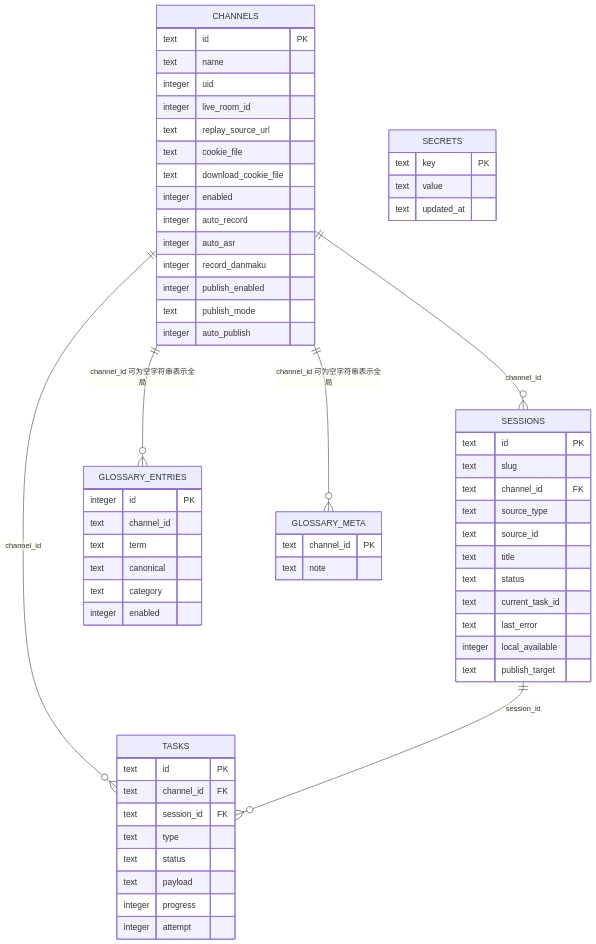
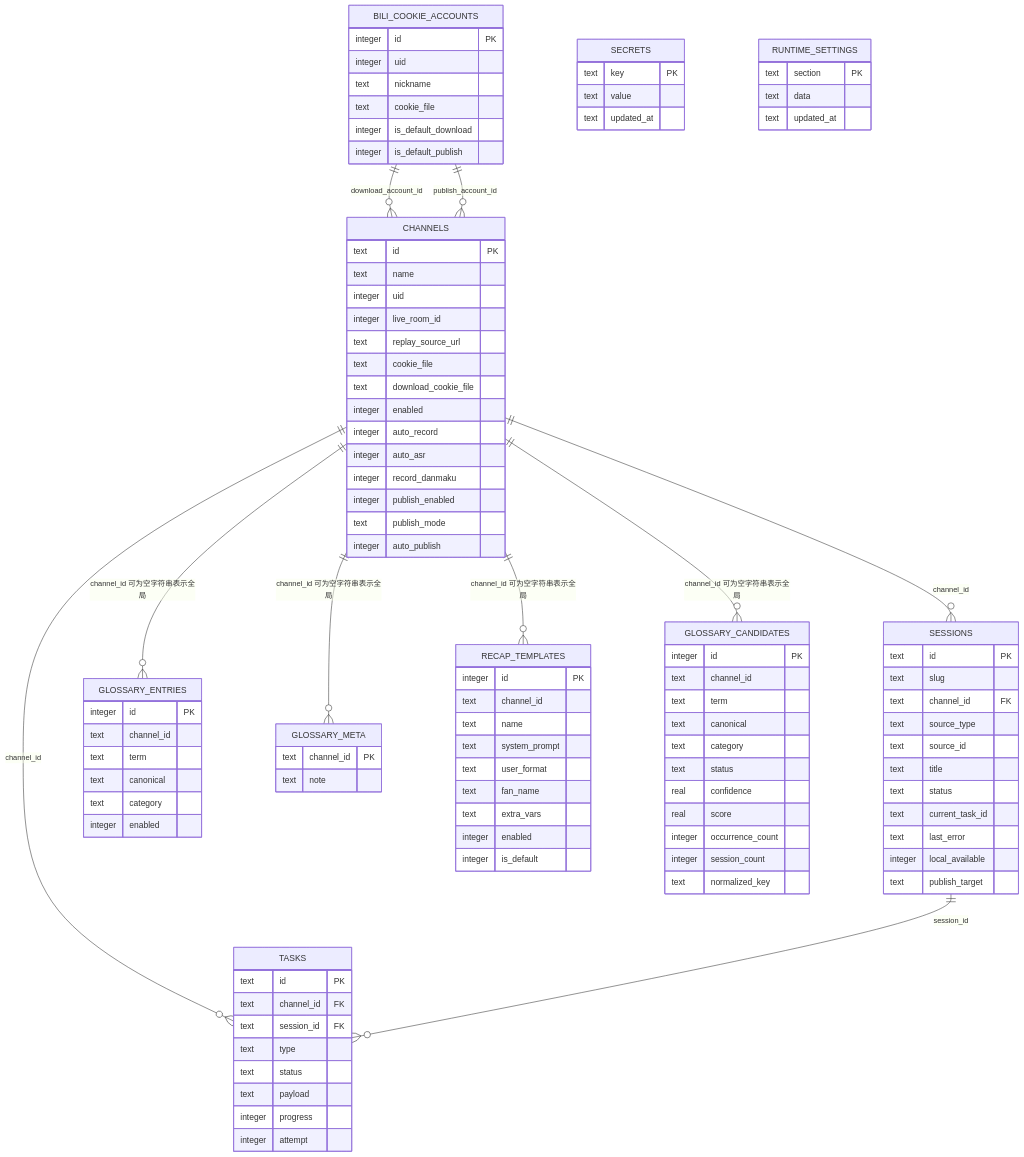
One commit to lililixxx1/hikami-go changed the third of 7 diagrams in docs/DESIGN.md. Above: the diagram before and after it, drawn with Mermaid. The commit also changed other lines of this file and 35 other files, not shown here.

````diff
--- a/docs/DESIGN.md
+++ b/docs/DESIGN.md
@@ -293,6 +403,10 @@
     SESSIONS ||--o{ TASKS : "session_id"
     CHANNELS ||--o{ GLOSSARY_ENTRIES : "channel_id 可为空字符串表示全局"
     CHANNELS ||--o{ GLOSSARY_META : "channel_id 可为空字符串表示全局"
+    CHANNELS ||--o{ RECAP_TEMPLATES : "channel_id 可为空字符串表示全局"
+    CHANNELS ||--o{ GLOSSARY_CANDIDATES : "channel_id 可为空字符串表示全局"
+    BILI_COOKIE_ACCOUNTS ||--o{ CHANNELS : "download_account_id"
+    BILI_COOKIE_ACCOUNTS ||--o{ CHANNELS : "publish_account_id"
 
     CHANNELS {
         text id PK
@@ -355,4 +469,45 @@
         text channel_id PK
         text note
     }
+
+    RECAP_TEMPLATES {
+        integer id PK
+        text channel_id
+        text name
+        text system_prompt
+        text user_format
+        text fan_name
+        text extra_vars
+        integer enabled
+        integer is_default
+    }
+
+    BILI_COOKIE_ACCOUNTS {
+        integer id PK
+        integer uid
+        text nickname
+        text cookie_file
+        integer is_default_download
+        integer is_default_publish
+    }
+
+    GLOSSARY_CANDIDATES {
+        integer id PK
+        text channel_id
+        text term
+        text canonical
+        text category
+        text status
+        real confidence
+        real score
+        integer occurrence_count
+        integer session_count
+        text normalized_key
+    }
+
+    RUNTIME_SETTINGS {
+        text section PK
+        text data
+        text updated_at
+    }
 ```
````
